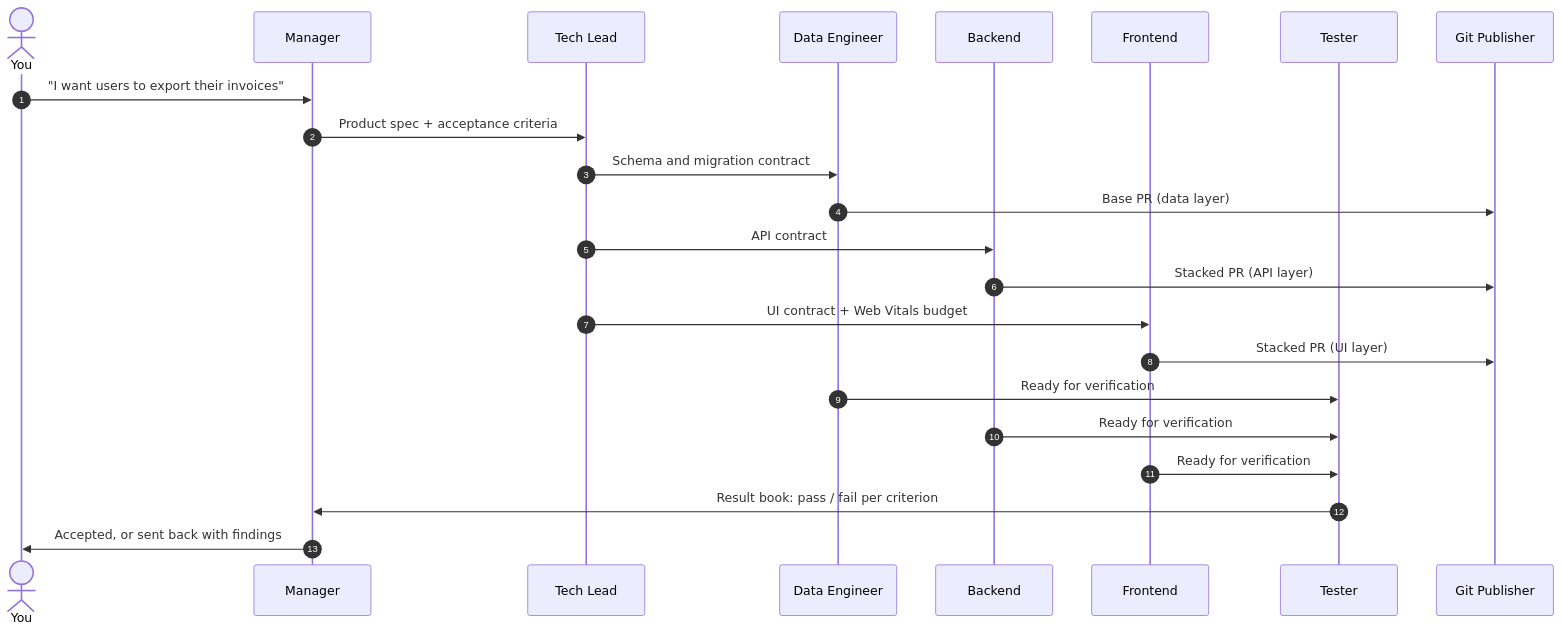
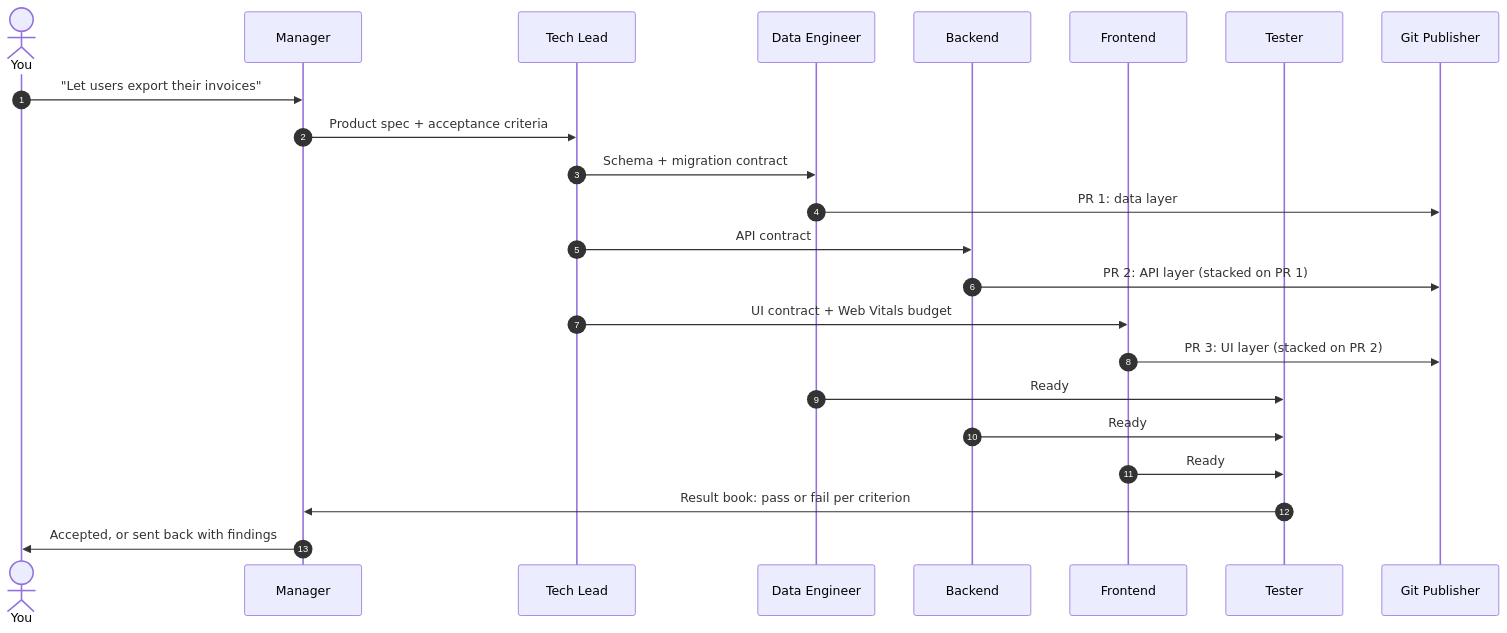
The second of 2 diagrams in README.md (pato-byepaper/agentic-engineering), drawn with Mermaid before and after one commit. The commit also changed other lines of this file, not shown here.

````diff
--- a/README.md
+++ b/README.md
@@ -69,26 +146,26 @@
 ```mermaid
 sequenceDiagram
     autonumber
     actor You
     participant M as Manager
     participant TL as Tech Lead
     participant DE as Data Engineer
     participant BE as Backend
     participant FE as Frontend
     participant T as Tester
     participant GP as Git Publisher
 
-    You->>M: "I want users to export their invoices"
+    You->>M: "Let users export their invoices"
     M->>TL: Product spec + acceptance criteria
-    TL->>DE: Schema and migration contract
-    DE->>GP: Base PR (data layer)
+    TL->>DE: Schema + migration contract
+    DE->>GP: PR 1: data layer
     TL->>BE: API contract
-    BE->>GP: Stacked PR (API layer)
+    BE->>GP: PR 2: API layer (stacked on PR 1)
     TL->>FE: UI contract + Web Vitals budget
-    FE->>GP: Stacked PR (UI layer)
-    DE->>T: Ready for verification
-    BE->>T: Ready for verification
-    FE->>T: Ready for verification
-    T->>M: Result book: pass / fail per criterion
+    FE->>GP: PR 3: UI layer (stacked on PR 2)
+    DE->>T: Ready
+    BE->>T: Ready
+    FE->>T: Ready
+    T->>M: Result book: pass or fail per criterion
     M->>You: Accepted, or sent back with findings
 ```
````
